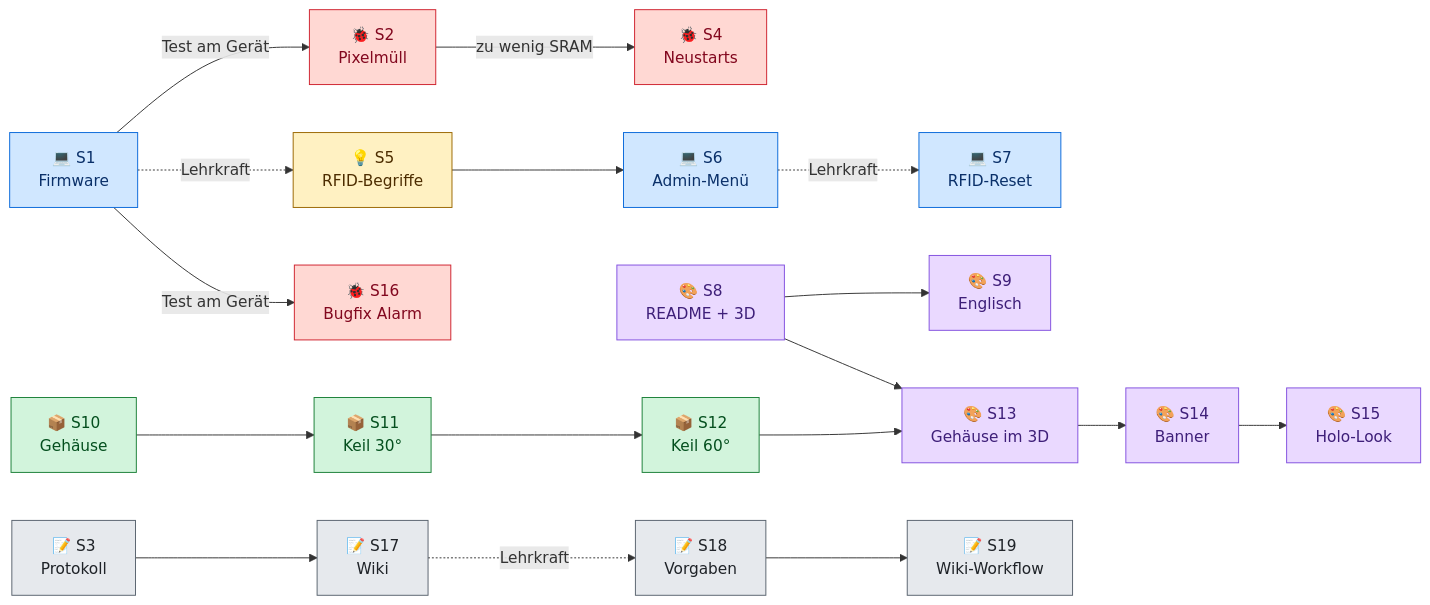
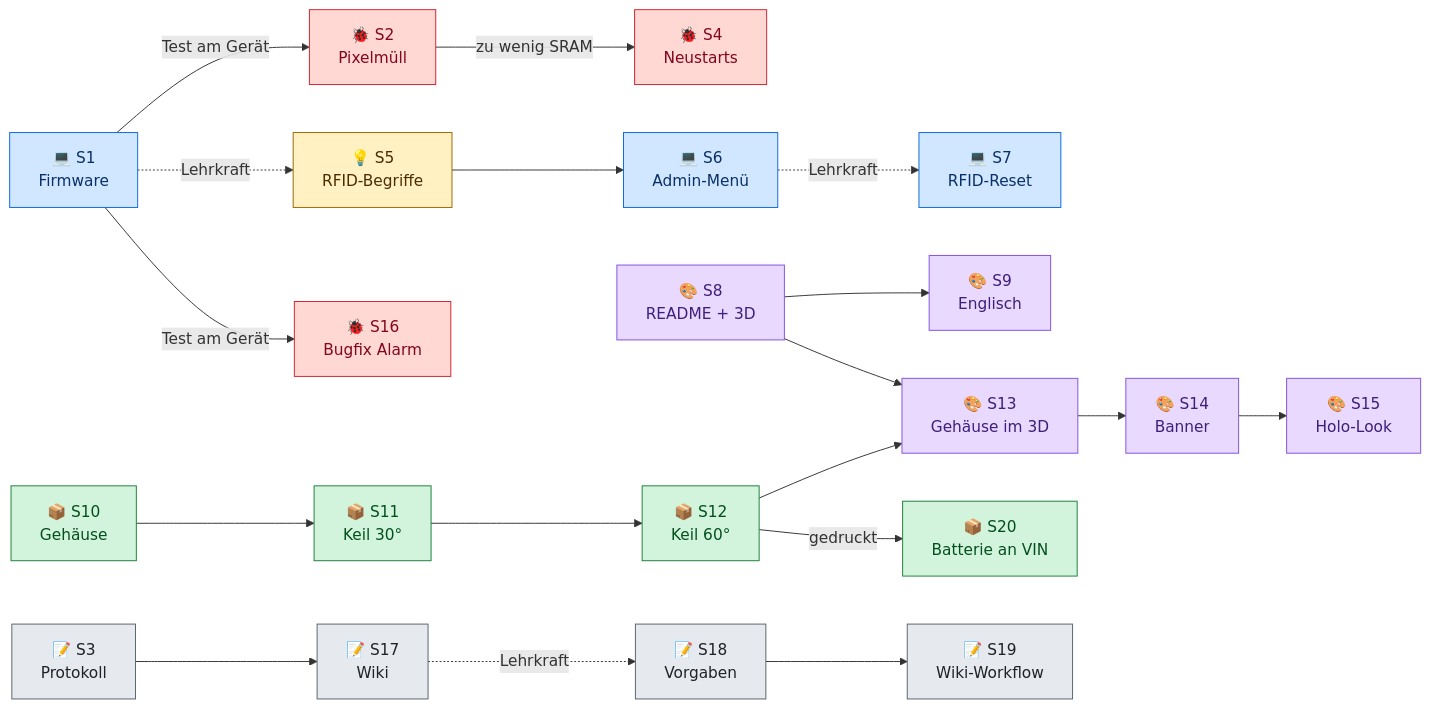
Before and after one commit to BBZ-AIFS51/LF7-Projekt_GAS: the second of 3 diagrams in wiki/Entwicklungsverlauf.md, drawn with Mermaid. The commit also changed other lines of this file and 26 other files, not shown here.

````diff
--- a/wiki/Entwicklungsverlauf.md
+++ b/wiki/Entwicklungsverlauf.md
@@ -58,47 +60,49 @@
 ```mermaid
 flowchart LR
     P1["💻 S1<br/>Firmware"]
     P2["🐞 S2<br/>Pixelmüll"]
     P3["📝 S3<br/>Protokoll"]
     P4["🐞 S4<br/>Neustarts"]
     P5["💡 S5<br/>RFID-Begriffe"]
     P6["💻 S6<br/>Admin-Menü"]
     P7["💻 S7<br/>RFID-Reset"]
     P8["🎨 S8<br/>README + 3D"]
     P9["🎨 S9<br/>Englisch"]
     P10["📦 S10<br/>Gehäuse"]
     P11["📦 S11<br/>Keil 30°"]
     P12["📦 S12<br/>Keil 60°"]
     P13["🎨 S13<br/>Gehäuse im 3D"]
     P14["🎨 S14<br/>Banner"]
     P15["🎨 S15<br/>Holo-Look"]
     P16["🐞 S16<br/>Bugfix Alarm"]
     P17["📝 S17<br/>Wiki"]
     P18["📝 S18<br/>Vorgaben"]
     P19["📝 S19<br/>Wiki-Workflow"]
+    P20["📦 S20<br/>Batterie an VIN"]
 
     P1 -- "Test am Gerät" --> P2 -- "zu wenig SRAM" --> P4
     P1 -. "Lehrkraft" .-> P5 --> P6
     P6 -. "Lehrkraft" .-> P7
     P1 -- "Test am Gerät" --> P16
     P8 --> P9
     P8 --> P13
     P10 --> P11 --> P12 --> P13
+    P12 -- "gedruckt" --> P20
     P13 --> P14 --> P15
     P3 --> P17
     P17 -. "Lehrkraft" .-> P18
     P18 --> P19
 
     classDef fw fill:#d0e7ff,stroke:#0969da,color:#0a3069
     classDef bug fill:#ffd8d3,stroke:#cf222e,color:#82071e
     classDef info fill:#fff1c2,stroke:#9a6700,color:#4d2d00
     classDef vis fill:#ead9ff,stroke:#8250df,color:#3e1f79
     classDef box fill:#d2f4dc,stroke:#1a7f37,color:#044f1e
     classDef doc fill:#e6e9ed,stroke:#59636e,color:#1f2328
     class P1,P6,P7 fw
     class P2,P4,P16 bug
     class P5 info
     class P8,P9,P13,P14,P15 vis
-    class P10,P11,P12 box
+    class P10,P11,P12,P20 box
     class P3,P17,P18,P19 doc
 ```
````
